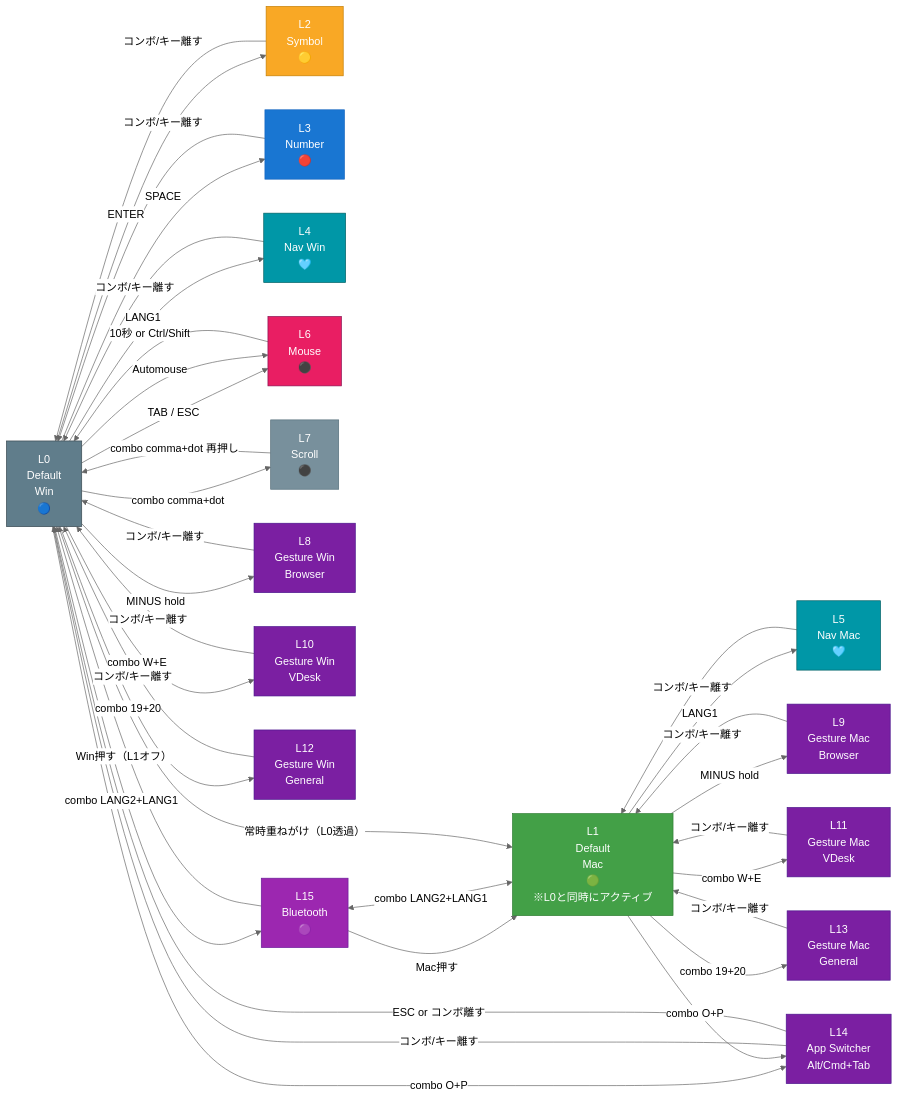
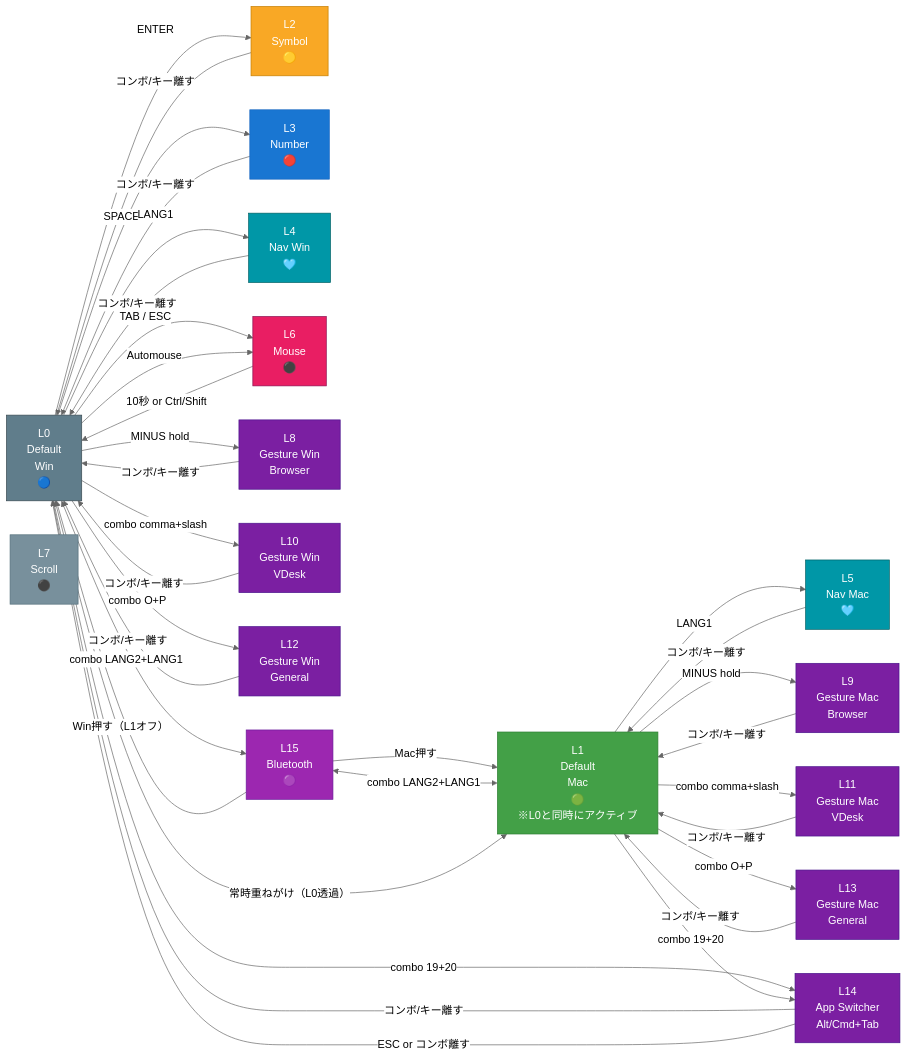
The diagram in README.md (maylac/zmk-config-moNa2-v2), drawn with Mermaid (neutral theme) before and after one commit. The commit also changed other lines of this file and 2 other files, not shown here.

````diff
--- a/README.md
+++ b/README.md
@@ -40,66 +40,64 @@
 ```mermaid
 flowchart LR
     classDef winBase fill:#607D8B,stroke:#37474F,color:#fff
     classDef macBase fill:#43A047,stroke:#2E7D32,color:#fff
     classDef symbol  fill:#F9A825,stroke:#c47d00,color:#fff
     classDef number  fill:#1976D2,stroke:#1565C0,color:#fff
     classDef nav     fill:#0097A7,stroke:#006064,color:#fff
     classDef bt      fill:#9C27B0,stroke:#6A1B9A,color:#fff
     classDef mouse   fill:#E91E63,stroke:#880E4F,color:#fff
     classDef scroll  fill:#78909C,stroke:#546E7A,color:#fff
     classDef gesture fill:#7B1FA2,stroke:#4A148C,color:#fff
 
     L0["L0\nDefault\nWin\n🔵"]:::winBase
     L1M["L1\nDefault\nMac\n🟢\n※L0と同時にアクティブ"]:::macBase
     L2["L2\nSymbol\n🟡"]:::symbol
     L3["L3\nNumber\n🔴"]:::number
     L4["L4\nNav Win\n🩵"]:::nav
     L5["L5\nNav Mac\n🩵"]:::nav
     L6["L6\nMouse\n⚫"]:::mouse
     L7["L7\nScroll\n⚫"]:::scroll
     L8["L8\nGesture Win\nBrowser"]:::gesture
     L9["L9\nGesture Mac\nBrowser"]:::gesture
     L10["L10\nGesture Win\nVDesk"]:::gesture
     L11["L11\nGesture Mac\nVDesk"]:::gesture
     L12["L12\nGesture Win\nGeneral"]:::gesture
     L13["L13\nGesture Mac\nGeneral"]:::gesture
     L14["L14\nApp Switcher\nAlt/Cmd+Tab"]:::gesture
     L15["L15\nBluetooth\n🟣"]:::bt
 
     %% BT切替
     L0 <-->|"combo LANG2+LANG1"| L15
     L1M <-->|"combo LANG2+LANG1"| L15
 
     %% L0からの遷移（Win・Mac共通）
     L0 -->|"ENTER"| L2
     L0 -->|"SPACE"| L3
     L0 -->|"LANG1"| L4
     L0 -->|"TAB / ESC"| L6
-    L0 -->|"combo comma+dot"| L7
     L0 -->|"MINUS hold"| L8
-    L0 -->|"combo W+E"| L10
-    L0 -->|"combo O+P"| L14
-    L0 -->|"combo 19+20"| L12
+    L0 -->|"combo comma+slash"| L10
+    L0 -->|"combo O+P"| L12
+    L0 -->|"combo 19+20"| L14
     L0 -->|"Automouse"| L6
 
     %% 戻り
     L2 & L3 & L4 & L8 & L10 & L12 & L14 -->|"コンボ/キー離す"| L0
 
     %% L15でWin/Mac切替
     L15 -->|"Win押す（L1オフ）"| L0
     L15 -->|"Mac押す"| L1M
-    L7 -->|"combo comma+dot 再押し"| L0
     L6 -->|"10秒 or Ctrl/Shift"| L0
 
     %% L1はL0と同時にアクティブ → 共通キーはL0へ透過
     L1M <-->|"常時重ねがけ（L0透過）"| L0
 
     %% L1のみ異なる遷移
     L1M -->|"LANG1"| L5
     L1M -->|"MINUS hold"| L9
-    L1M -->|"combo W+E"| L11
-    L1M -->|"combo O+P"| L14
-    L1M -->|"combo 19+20"| L13
+    L1M -->|"combo comma+slash"| L11
+    L1M -->|"combo O+P"| L13
+    L1M -->|"combo 19+20"| L14
     L5 & L9 & L11 & L13 -->|"コンボ/キー離す"| L1M
     L14 -->|"ESC or コンボ離す"| L0
 ```
````
